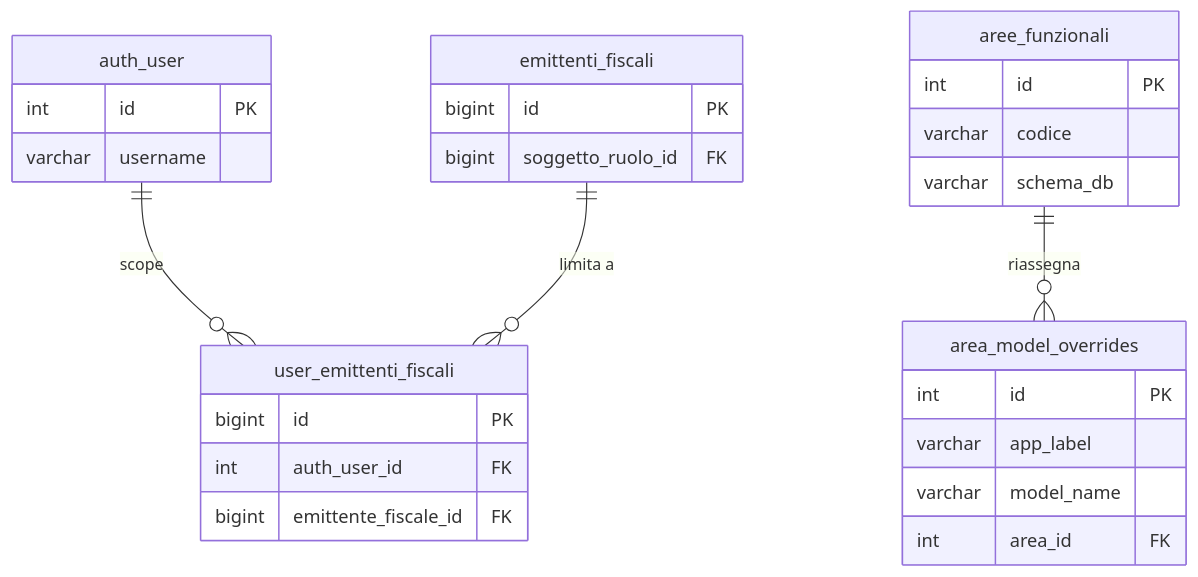
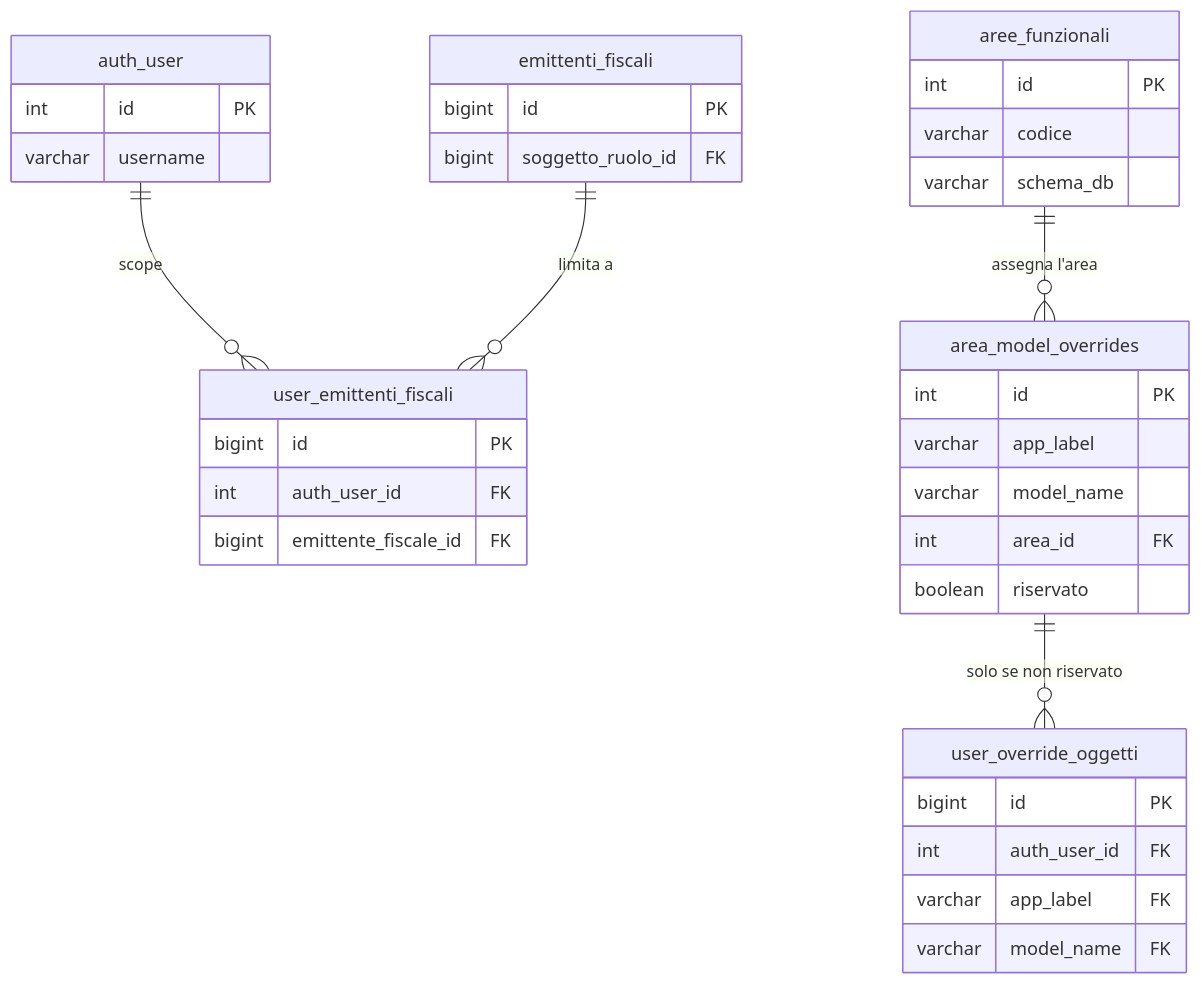
One commit to Tito-it/ZeroErp changed the third of 3 diagrams in docs/it/guide/architettura-permessi-e-autorizzazioni.md. Above: the diagram before and after it, drawn with Mermaid. The commit also changed other lines of this file and 26 other files, not shown here.

````diff
--- a/docs/it/guide/architettura-permessi-e-autorizzazioni.md
+++ b/docs/it/guide/architettura-permessi-e-autorizzazioni.md
@@ -911,35 +935,44 @@
 ```mermaid
 erDiagram
     auth_user {
         int id PK
         varchar username
     }
 
     user_emittenti_fiscali {
         bigint id PK
         int auth_user_id FK
         bigint emittente_fiscale_id FK
     }
 
     emittenti_fiscali {
         bigint id PK
         bigint soggetto_ruolo_id FK
     }
 
     aree_funzionali {
         int id PK
         varchar codice
         varchar schema_db
     }
 
     area_model_overrides {
         int id PK
         varchar app_label
         varchar model_name
         int area_id FK
+        boolean riservato
+    }
+
+    user_override_oggetti {
+        bigint id PK
+        int auth_user_id FK
+        varchar app_label FK
+        varchar model_name FK
     }
 
     auth_user ||--o{ user_emittenti_fiscali : "scope"
     emittenti_fiscali ||--o{ user_emittenti_fiscali : "limita a"
-    aree_funzionali ||--o{ area_model_overrides : "riassegna"
+    aree_funzionali ||--o{ area_model_overrides : "assegna l'area"
+    area_model_overrides ||--o{ user_override_oggetti : "solo se non riservato"
 ```
````
